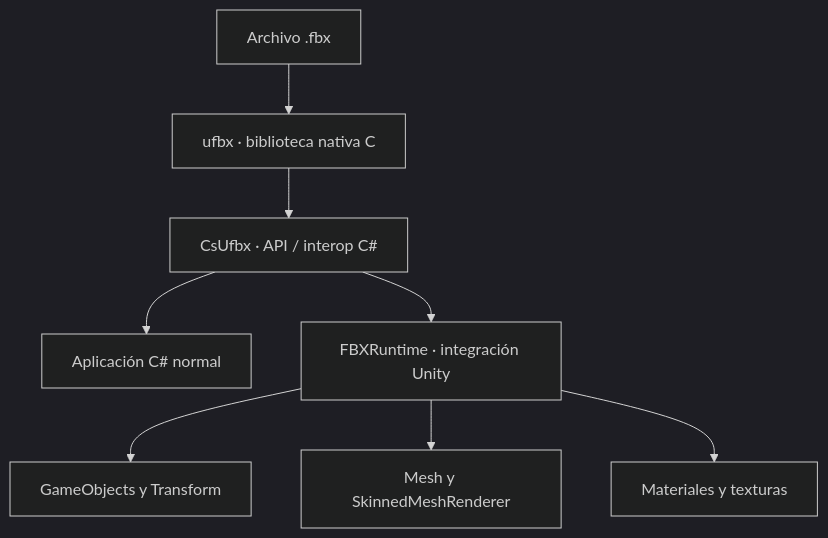
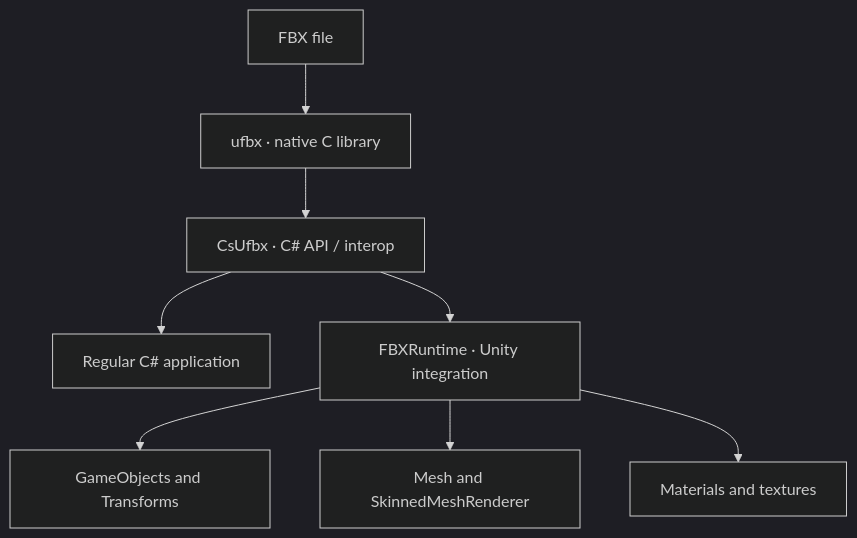
Before and after one commit to PabloGHub/CsUfbx-FBXRuntime: the diagram in README.md, drawn with Mermaid (dark theme). The commit also changed other lines of this file and 2 other files, not shown here.

````diff
--- a/README.md
+++ b/README.md
@@ -30,10 +30,10 @@
 ```mermaid
 flowchart TD
-    A[Archivo .fbx] --> B[ufbx · biblioteca nativa C]
-    B --> C[CsUfbx · API / interop C#]
-    C --> D[Aplicación C# normal]
-    C --> E[FBXRuntime · integración Unity]
-    E --> F[GameObjects y Transform]
-    E --> G[Mesh y SkinnedMeshRenderer]
-    E --> H[Materiales y texturas]
+    A[FBX file] --> B[ufbx · native C library]
+    B --> C[CsUfbx · C# API / interop]
+    C --> D[Regular C# application]
+    C --> E[FBXRuntime · Unity integration]
+    E --> F[GameObjects and Transforms]
+    E --> G[Mesh and SkinnedMeshRenderer]
+    E --> H[Materials and textures]
 ```
````
